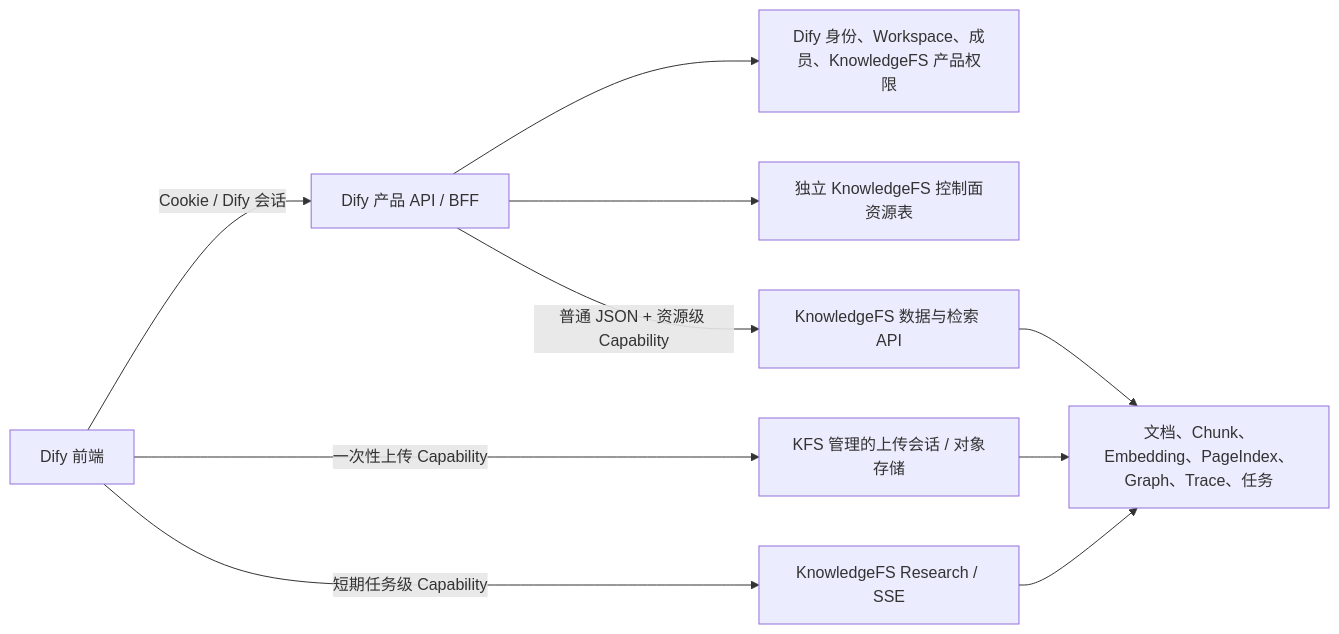
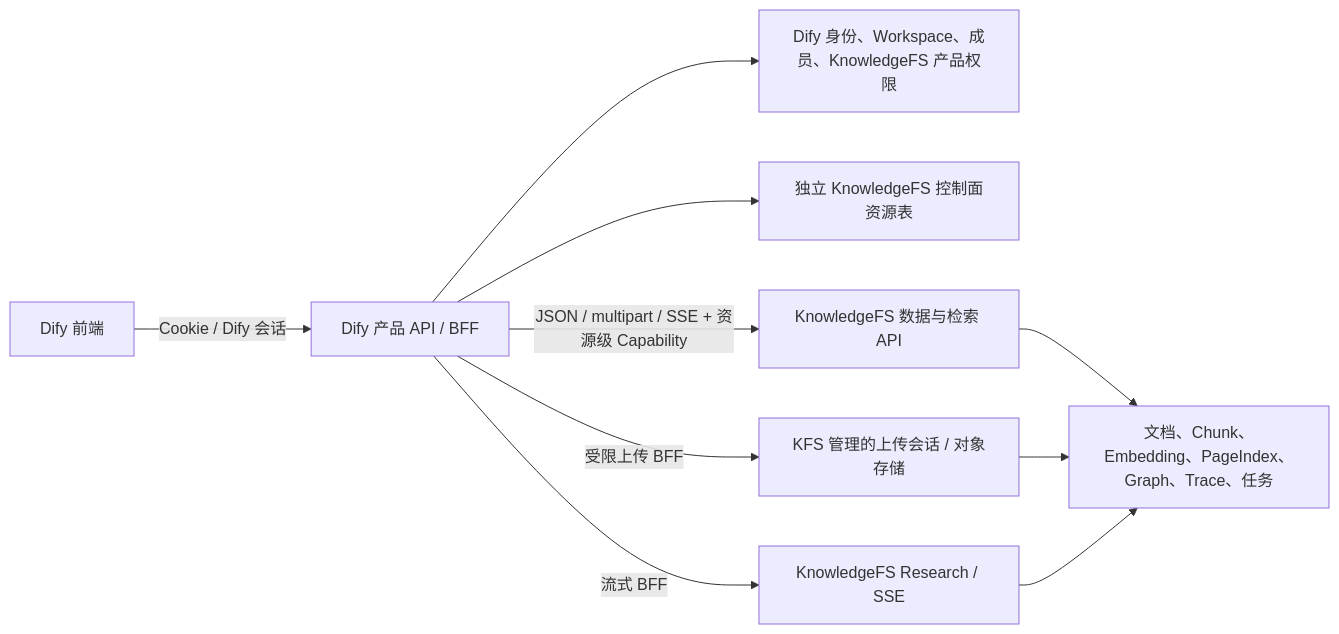
Before and after one commit to systemvanta/dify-system: the first of 2 diagrams in docs/design/knowledge-fs-dify-integration-execution-plan.md, drawn with Mermaid. The commit also changed other lines of this file and 46 other files, not shown here.

````diff
--- a/docs/design/knowledge-fs-dify-integration-execution-plan.md
+++ b/docs/design/knowledge-fs-dify-integration-execution-plan.md
@@ -26,12 +26,12 @@
 ```mermaid
 flowchart LR
     Browser["Dify 前端"] -->|"Cookie / Dify 会话"| DifyAPI["Dify 产品 API / BFF"]
     DifyAPI --> Authz["Dify 身份、Workspace、成员、KnowledgeFS 产品权限"]
     DifyAPI --> Registry["独立 KnowledgeFS 控制面资源表"]
-    DifyAPI -->|"普通 JSON + 资源级 Capability"| KFS["KnowledgeFS 数据与检索 API"]
-    Browser -->|"一次性上传 Capability"| Upload["KFS 管理的上传会话 / 对象存储"]
-    Browser -->|"短期任务级 Capability"| Stream["KnowledgeFS Research / SSE"]
+    DifyAPI -->|"JSON / multipart / SSE + 资源级 Capability"| KFS["KnowledgeFS 数据与检索 API"]
+    DifyAPI -->|"受限上传 BFF"| Upload["KFS 管理的上传会话 / 对象存储"]
+    DifyAPI -->|"流式 BFF"| Stream["KnowledgeFS Research / SSE"]
     KFS --> Technical["文档、Chunk、Embedding、PageIndex、Graph、Trace、任务"]
     Upload --> Technical
     Stream --> Technical
 ```
````
